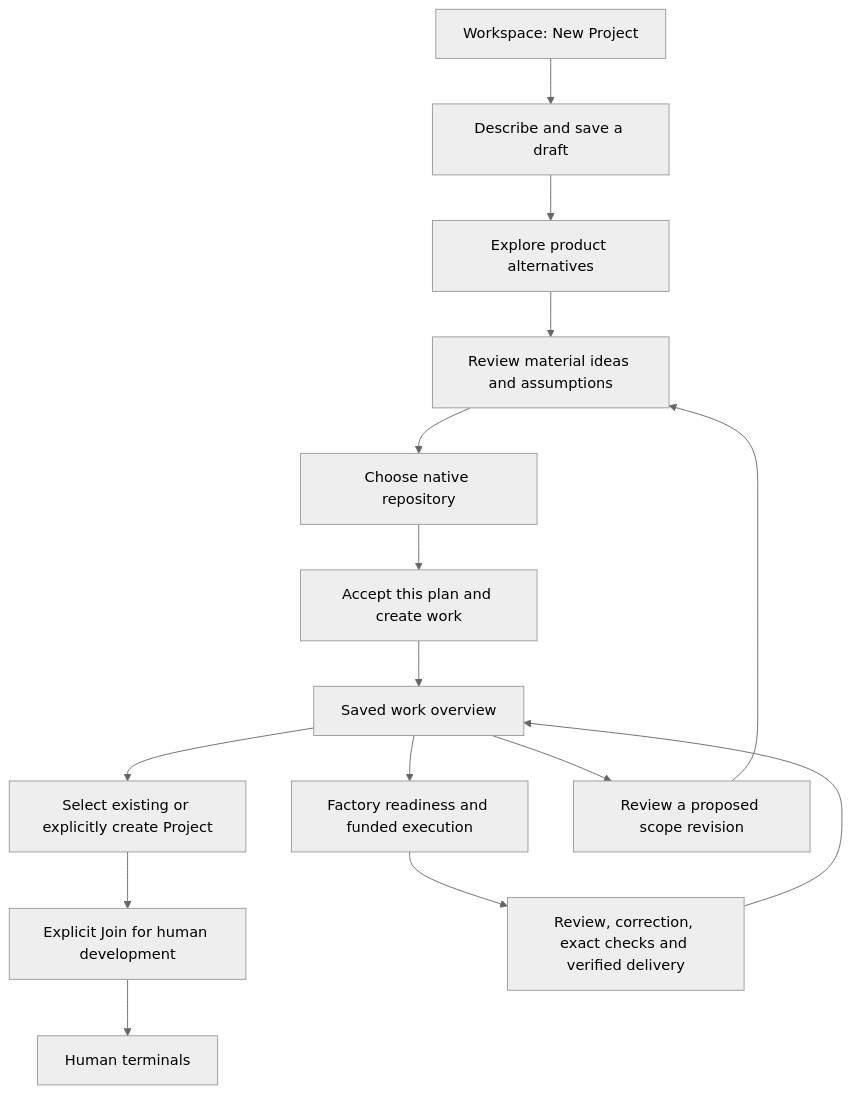
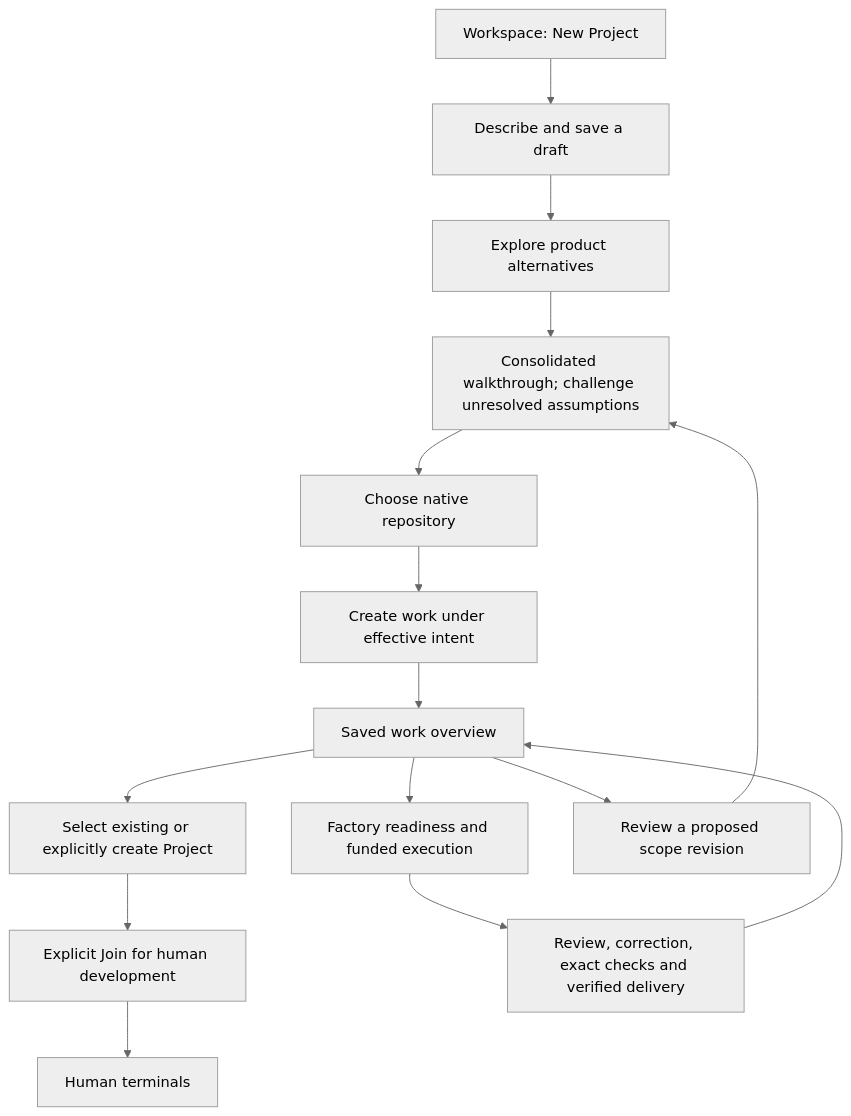
Before and after one commit to LevitateOS/sodaos: the diagram in docs/design/spaces-ux.md, drawn with Mermaid (neutral theme). The commit also changed other lines of this file and 2 other files, not shown here.

Commit message:
docs: prioritize System One design and targeted assumption review

````diff
--- a/docs/design/spaces-ux.md
+++ b/docs/design/spaces-ux.md
@@ -58,17 +60,17 @@
 ```mermaid
 flowchart TD
     W[Workspace: New Project] --> D[Describe and save a draft]
     D --> E[Explore product alternatives]
-    E --> R[Review material ideas and assumptions]
+    E --> R[Consolidated walkthrough; challenge unresolved assumptions]
     R --> N[Choose native repository]
-    N --> A[Accept this plan and create work]
+    N --> A[Create work under effective intent]
     A --> O[Saved work overview]
     O --> F[Factory readiness and funded execution]
     O --> P[Select existing or explicitly create Project]
     P --> J[Explicit Join for human development]
     J --> T[Human terminals]
     F --> V[Review, correction, exact checks and verified delivery]
     V --> O
     O --> C[Review a proposed scope revision]
     C --> R
 ```
````
